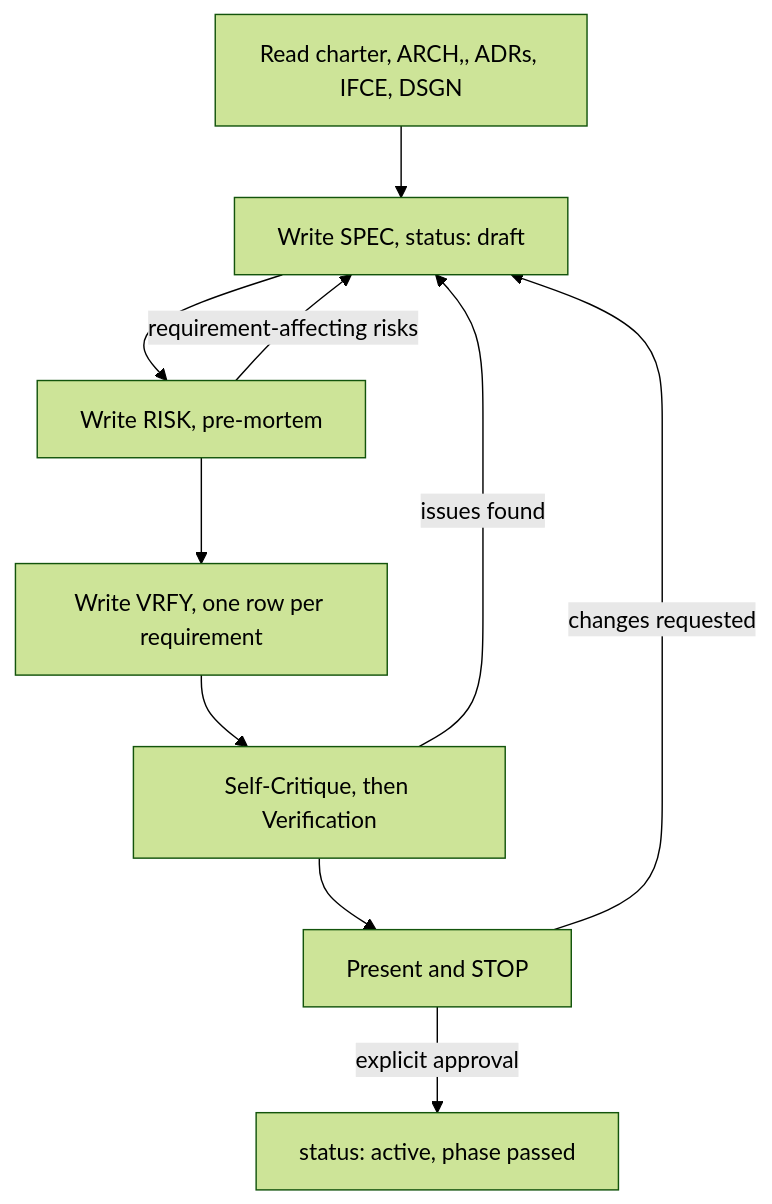
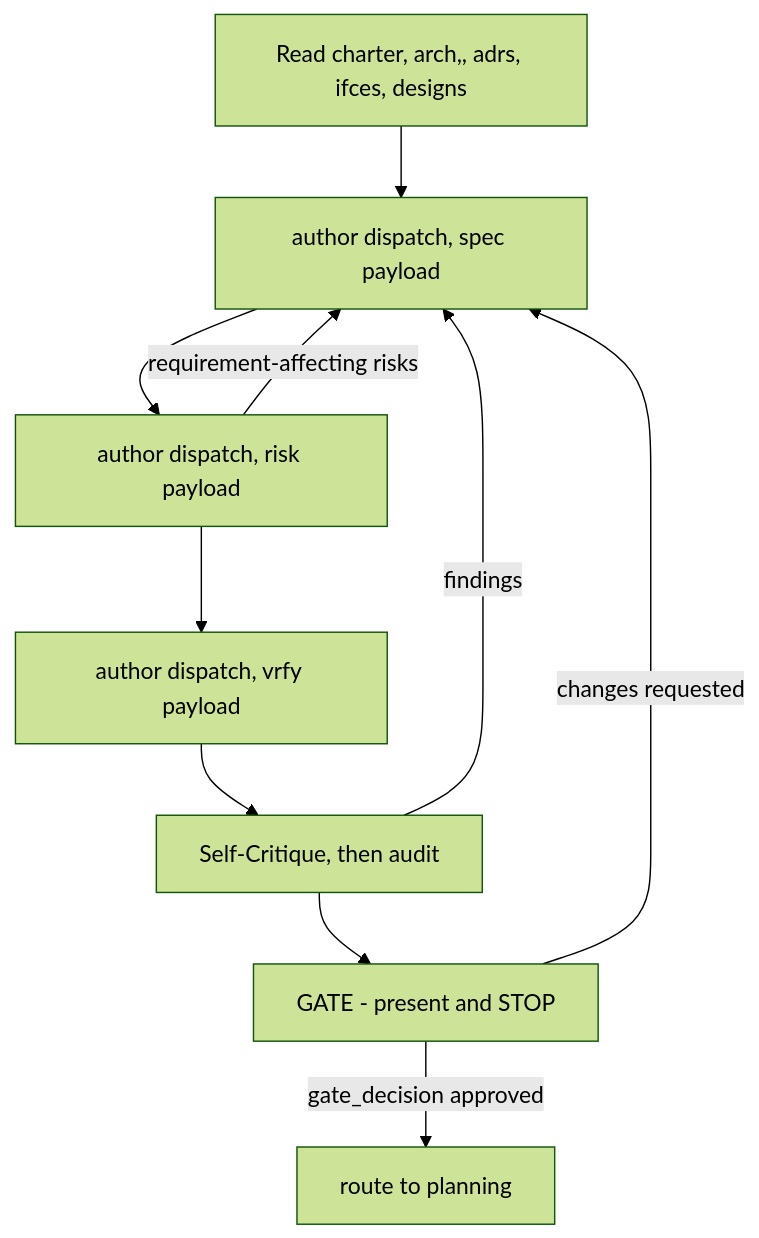
One commit to Atri10/executor changed the diagram in skills/executor-spec/SKILL.md. Above: the diagram before and after it, drawn with Mermaid (forest theme). The commit also changed other lines of this file and 40 other files, not shown here.

````diff
--- a/skills/executor-spec/SKILL.md
+++ b/skills/executor-spec/SKILL.md
@@ -99,12 +97,12 @@
 ```mermaid
 flowchart TB
-    IN["Read charter, ARCH,, ADRs, IFCE, DSGN"] --> SP["Write SPEC, status: draft"]
-    SP --> RK["Write RISK, pre-mortem"]
+    IN["Read charter, arch,, adrs, ifces, designs"] --> SP["author dispatch, spec payload"]
+    SP --> RK["author dispatch, risk payload"]
     RK -->|"requirement-affecting risks"| SP
-    RK --> VF["Write VRFY, one row per requirement"]
-    VF --> SR["Self-Critique, then Verification"]
-    SR -->|"issues found"| SP
-    SR --> GA["Present and STOP"]
+    RK --> VF["author dispatch, vrfy payload"]
+    VF --> SR["Self-Critique, then audit"]
+    SR -->|"findings"| SP
+    SR --> GA["GATE - present and STOP"]
     GA -->|"changes requested"| SP
-    GA -->|"explicit approval"| PS["status: active, phase passed"]
+    GA -->|"gate_decision approved"| PS["route to planning"]
 ```
````
